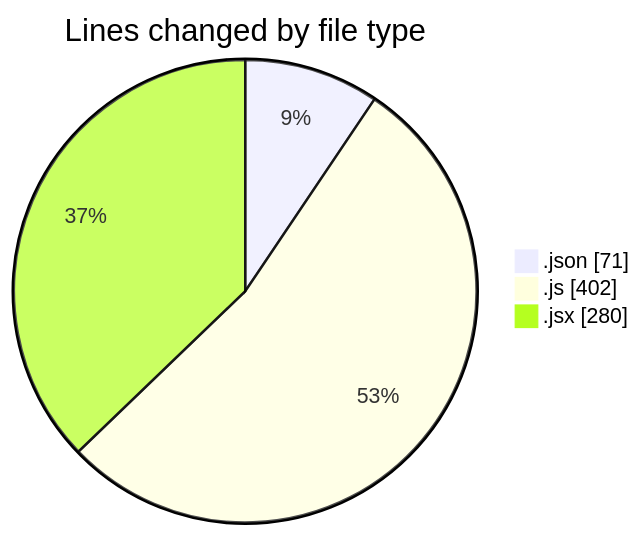
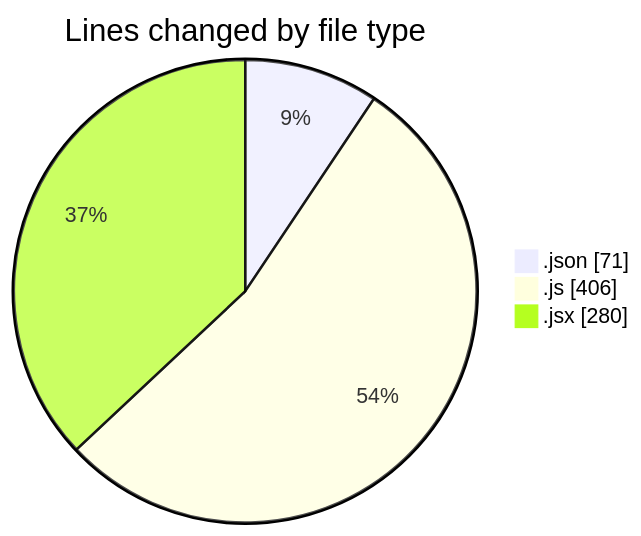
One commit to momahboobian/code-tracking changed the first of 2 diagrams in 2025-05-13/cda/README.md. Above: the diagram before and after it, drawn with Mermaid. The commit also changed other lines of this file and 1 other file, not shown here.

````diff
--- a/2025-05-13/cda/README.md
+++ b/2025-05-13/cda/README.md
@@ -24,7 +24,7 @@
 ```mermaid
 pie showData
 title Lines changed by file type
 ".json" : 71
-".js" : 402
+".js" : 406
 ".jsx" : 280
 ```
````
